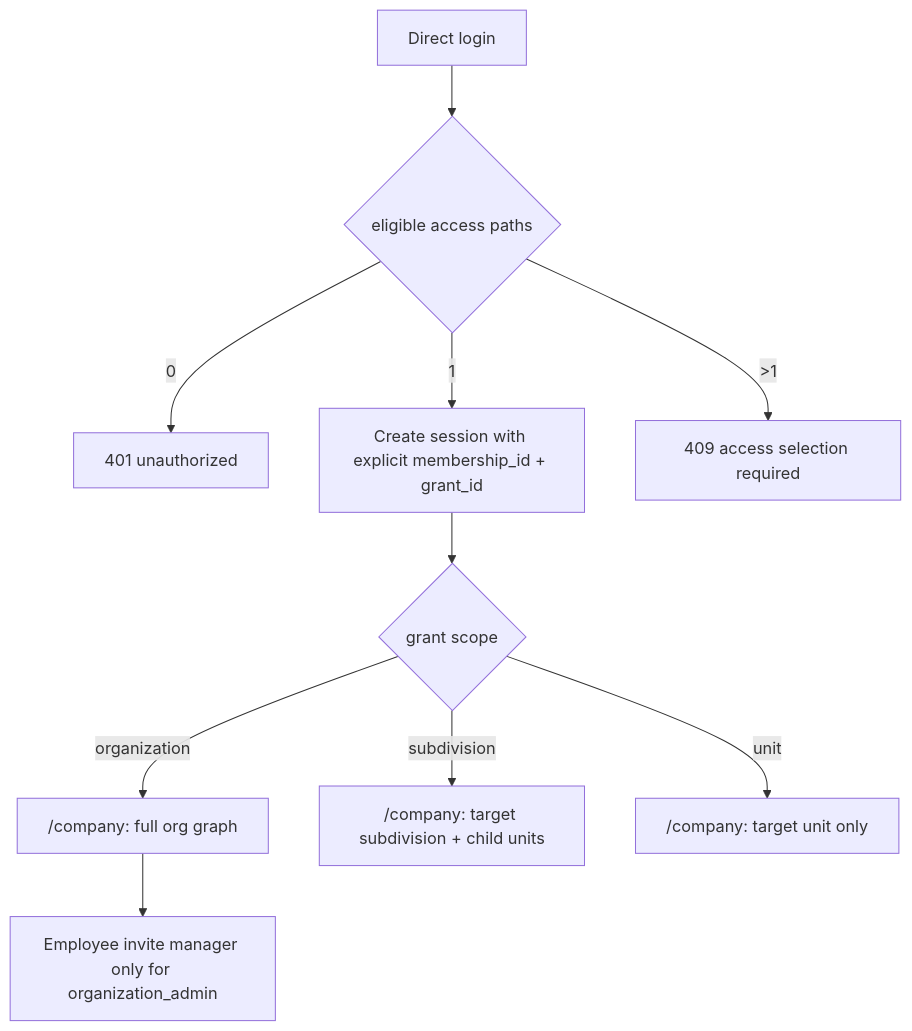
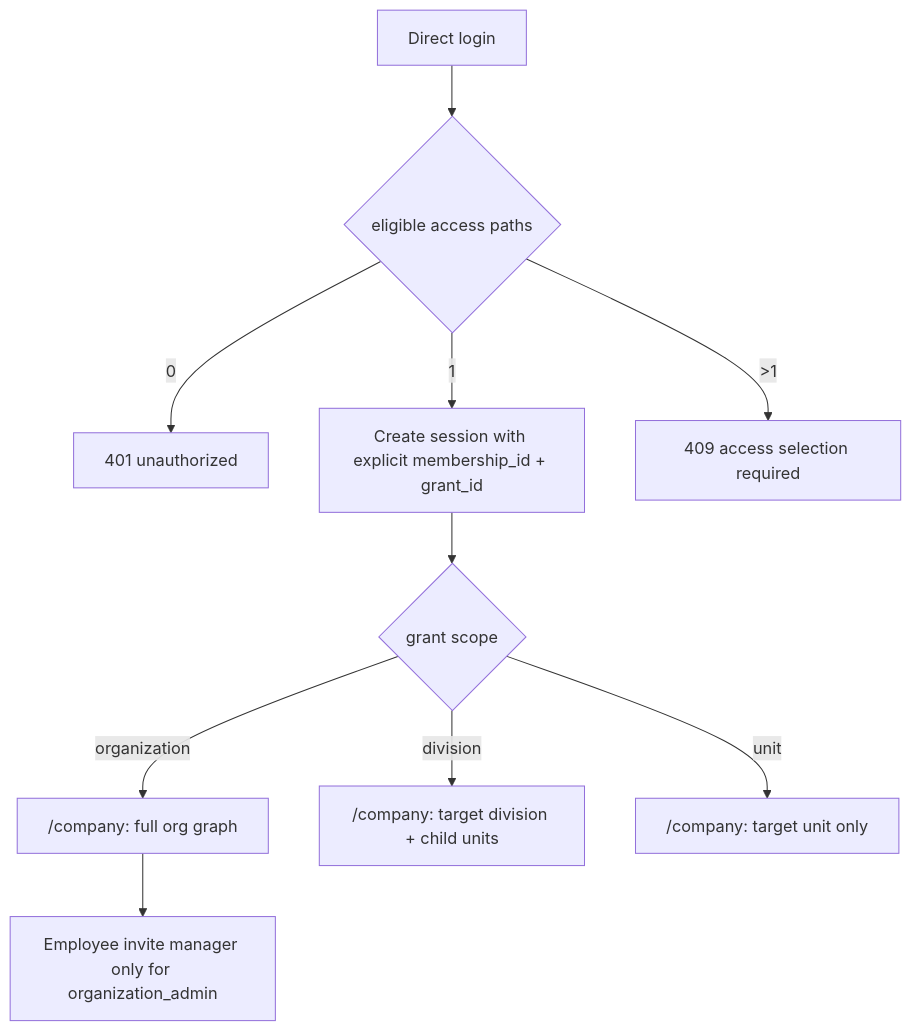
One commit to vrk-app/vrk changed the seventh of 10 diagrams in docs/architecture/identity-master-data.md. Above: the diagram before and after it, drawn with Mermaid. The commit also changed other lines of this file and 313 other files, not shown here.

````diff
--- a/docs/architecture/identity-master-data.md
+++ b/docs/architecture/identity-master-data.md
@@ -289,12 +346,12 @@
 ```mermaid
 flowchart TD
     A["Direct login"] --> B{"eligible access paths"}
     B -->|0| C["401 unauthorized"]
     B -->|1| D["Create session with explicit membership_id + grant_id"]
     B -->|>1| E["409 access selection required"]
     D --> F{"grant scope"}
     F -->|organization| G["/company: full org graph"]
-    F -->|subdivision| H["/company: target subdivision + child units"]
+    F -->|division| H["/company: target division + child units"]
     F -->|unit| I["/company: target unit only"]
     G --> J["Employee invite manager only for organization_admin"]
 ```
````
